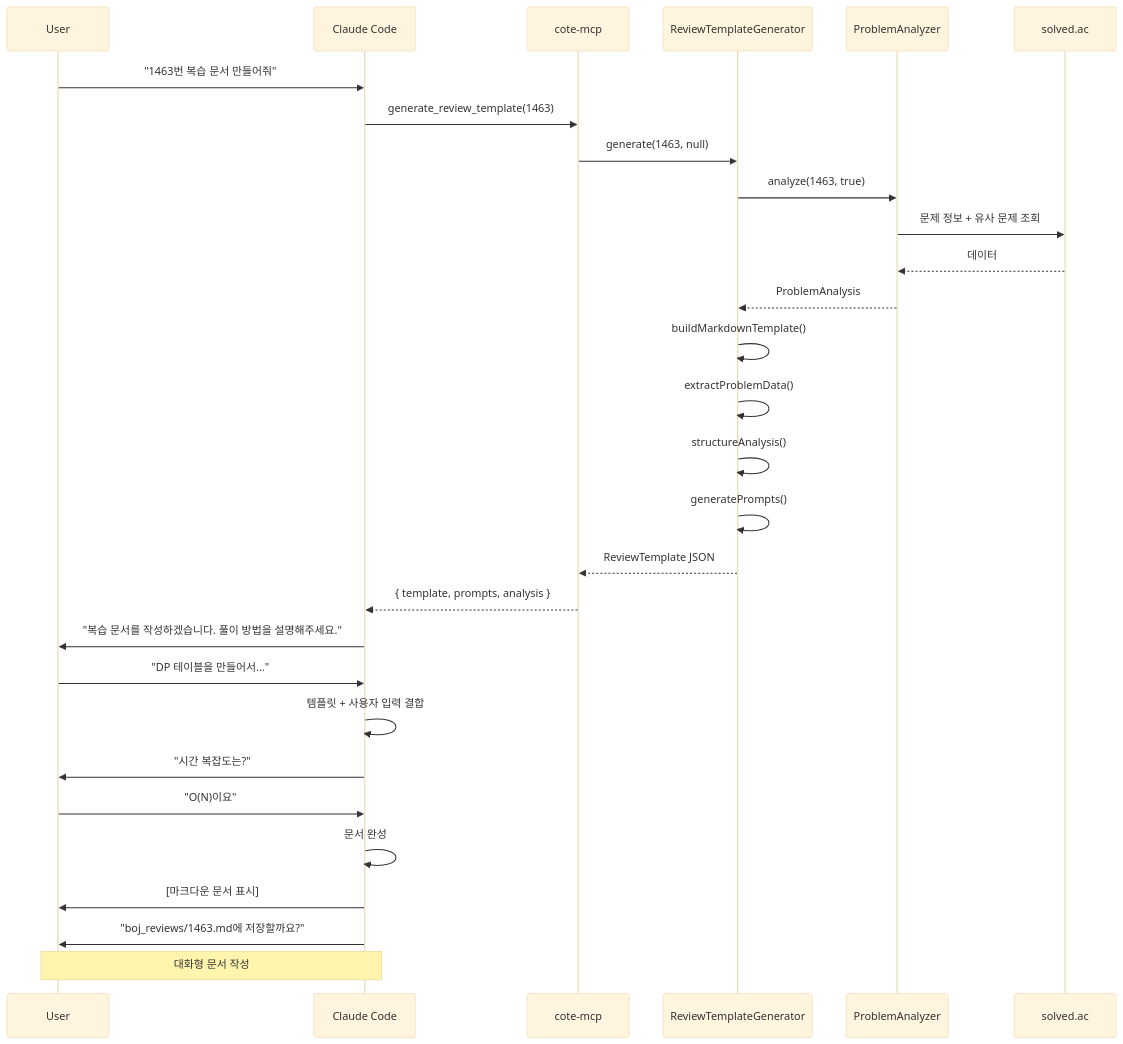
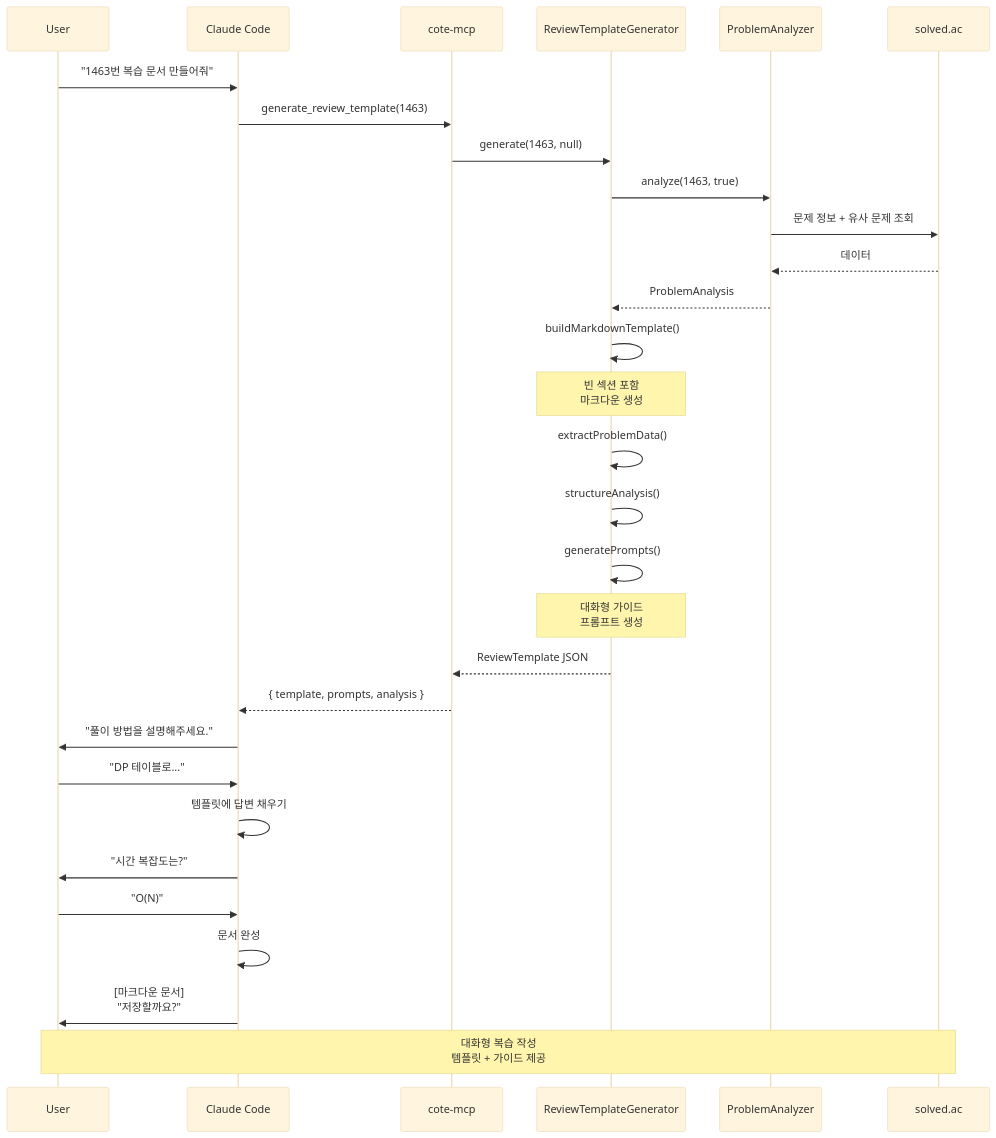
One commit to itsme-shawn/algoKit-mcp changed the third of 3 diagrams in docs/01-planning/keyless-architecture.md. Above: the diagram before and after it, drawn with Mermaid (base theme). The commit also changed other lines of this file and 5 other files, not shown here.

````diff
--- a/docs/01-planning/keyless-architecture.md
+++ b/docs/01-planning/keyless-architecture.md
@@ -1910,33 +401,34 @@
 ```mermaid
 sequenceDiagram
     participant User
     participant CC as Claude Code
     participant MCP as cote-mcp
     participant RTG as ReviewTemplateGenerator
     participant PA as ProblemAnalyzer
     participant API as solved.ac
 
     User->>CC: "1463번 복습 문서 만들어줘"
     CC->>MCP: generate_review_template(1463)
     MCP->>RTG: generate(1463, null)
     RTG->>PA: analyze(1463, true)
     PA->>API: 문제 정보 + 유사 문제 조회
     API-->>PA: 데이터
     PA-->>RTG: ProblemAnalysis
     RTG->>RTG: buildMarkdownTemplate()
+    Note over RTG: 빈 섹션 포함<br/>마크다운 생성
     RTG->>RTG: extractProblemData()
     RTG->>RTG: structureAnalysis()
     RTG->>RTG: generatePrompts()
+    Note over RTG: 대화형 가이드<br/>프롬프트 생성
     RTG-->>MCP: ReviewTemplate JSON
     MCP-->>CC: { template, prompts, analysis }
-    CC->>User: "복습 문서를 작성하겠습니다. 풀이 방법을 설명해주세요."
-    User->>CC: "DP 테이블을 만들어서..."
-    CC->>CC: 템플릿 + 사용자 입력 결합
+    CC->>User: "풀이 방법을 설명해주세요."
+    User->>CC: "DP 테이블로..."
+    CC->>CC: 템플릿에 답변 채우기
     CC->>User: "시간 복잡도는?"
-    User->>CC: "O(N)이요"
+    User->>CC: "O(N)"
     CC->>CC: 문서 완성
-    CC->>User: [마크다운 문서 표시]
-    CC->>User: "boj_reviews/1463.md에 저장할까요?"
+    CC->>User: [마크다운 문서]<br/>"저장할까요?"
 
-    Note over CC,User: 대화형 문서 작성
+    Note over User,API: 대화형 복습 작성<br/>템플릿 + 가이드 제공
 ```
````
